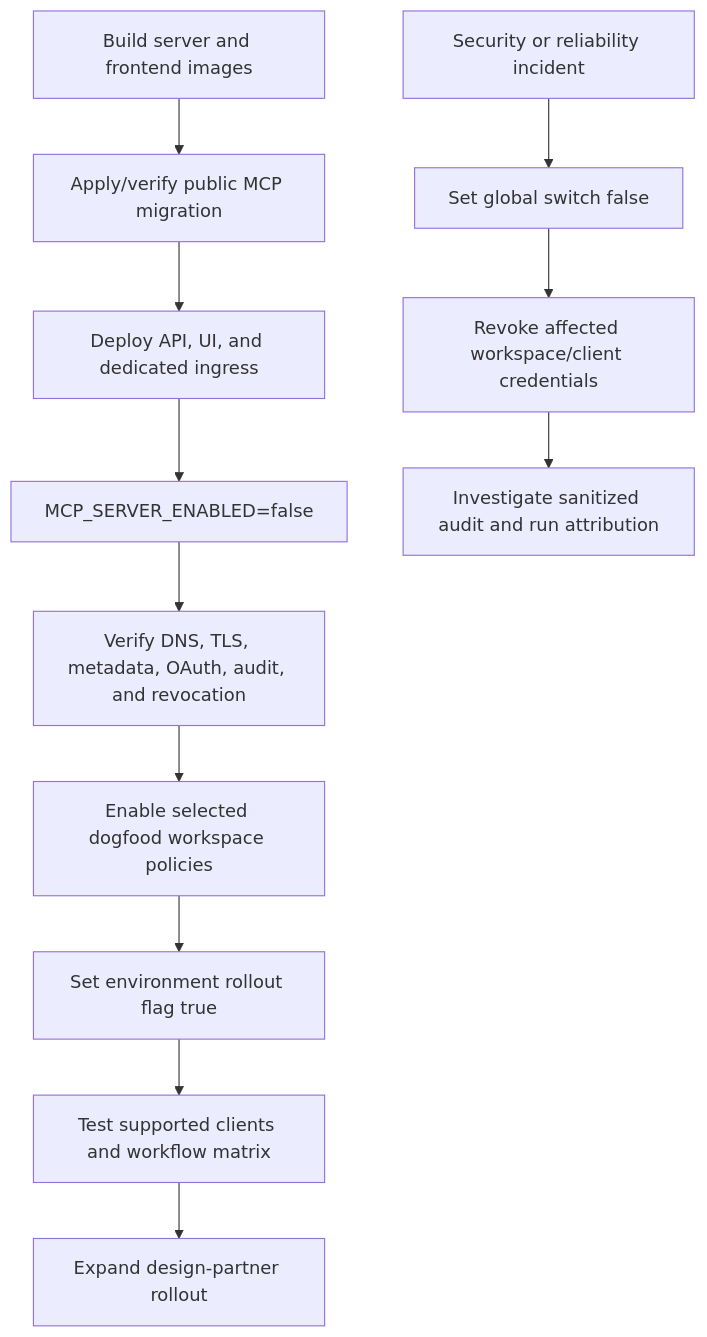
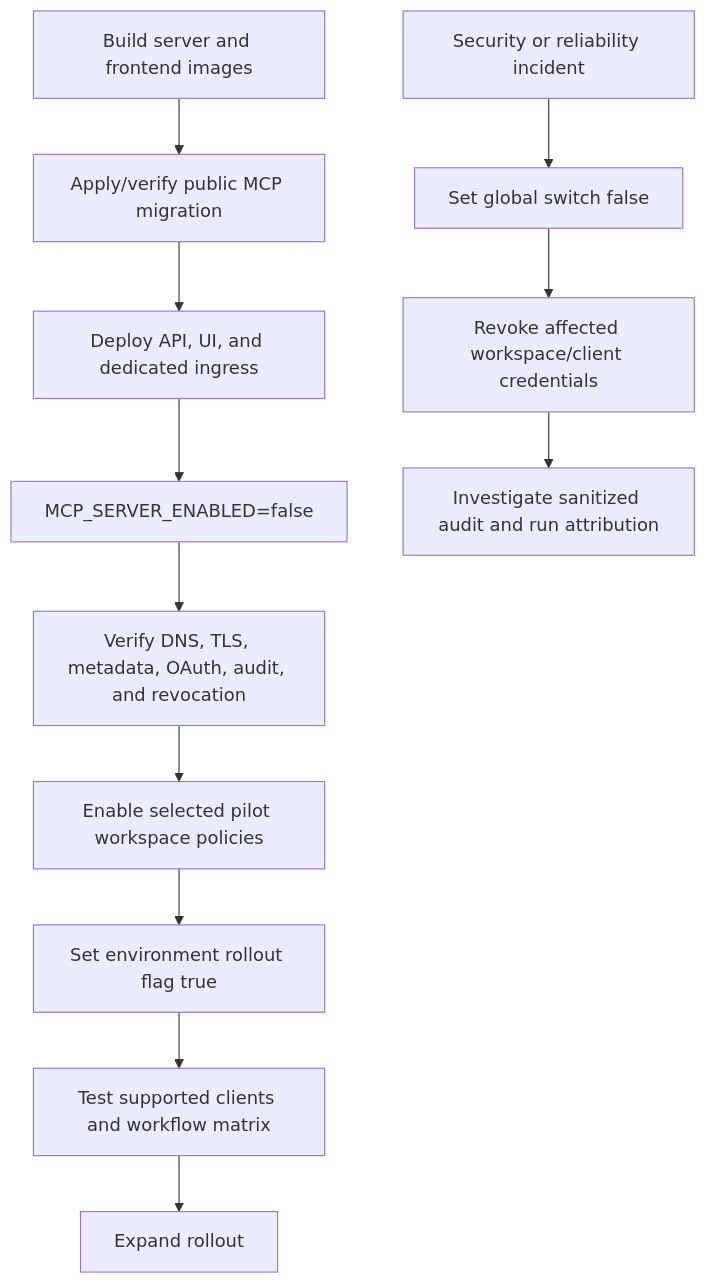
One commit to helpin-ai/helpin changed the sixth of 6 diagrams in docs/public-mcp-server.md. Above: the diagram before and after it, drawn with Mermaid. The commit also changed other lines of this file and 98 other files, not shown here.

````diff
--- a/docs/public-mcp-server.md
+++ b/docs/public-mcp-server.md
@@ -683,15 +685,15 @@
 ```mermaid
 flowchart TD
     Build[Build server and frontend images] --> Migrate[Apply/verify public MCP migration]
     Migrate --> Deploy[Deploy API, UI, and dedicated ingress]
     Deploy --> Disabled[MCP_SERVER_ENABLED=false]
     Disabled --> Verify[Verify DNS, TLS, metadata, OAuth, audit, and revocation]
-    Verify --> Workspace[Enable selected dogfood workspace policies]
+    Verify --> Workspace[Enable selected pilot workspace policies]
     Workspace --> Flag[Set environment rollout flag true]
     Flag --> Clients[Test supported clients and workflow matrix]
-    Clients --> Expand[Expand design-partner rollout]
+    Clients --> Expand[Expand rollout]
 
     Incident[Security or reliability incident] --> Off[Set global switch false]
     Off --> Revoke[Revoke affected workspace/client credentials]
     Revoke --> Investigate[Investigate sanitized audit and run attribution]
 ```
````
